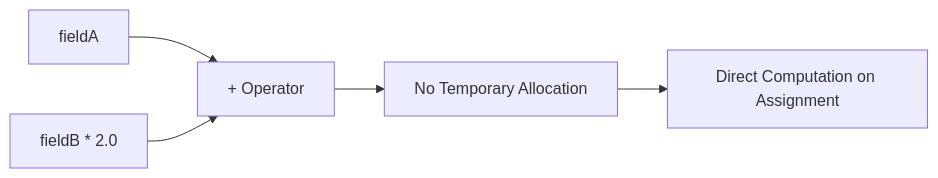
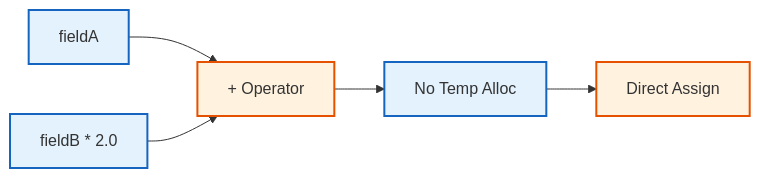
Before and after one commit to wramet/build-my-cfd: the second of 2 diagrams in MODULE_05_OPENFOAM_PROGRAMMING/CONTENT/09_FIELD_ALGEBRA/07_Summary_and_Exercises.md, drawn with Mermaid. The commit also changed other lines of this file and 313 other files, not shown here.

Commit message:
Revise all diagram

````diff
--- a/MODULE_05_OPENFOAM_PROGRAMMING/CONTENT/09_FIELD_ALGEBRA/07_Summary_and_Exercises.md
+++ b/MODULE_05_OPENFOAM_PROGRAMMING/CONTENT/09_FIELD_ALGEBRA/07_Summary_and_Exercises.md
@@ -988,7 +1000,11 @@
 ```mermaid
 flowchart LR
-    A[fieldA] --> C[+ Operator]
-    B[fieldB * 2.0] --> C
-    C --> D[No Temporary Allocation]
-    D --> E[Direct Computation on Assignment]
+%% Classes
+classDef explicit fill:#fff3e0,stroke:#e65100,stroke-width:2px;
+classDef implicit fill:#e3f2fd,stroke:#1565c0,stroke-width:2px;
+%% Nodes
+A[fieldA]:::implicit --> C[+ Operator]:::explicit
+B[fieldB * 2.0]:::implicit --> C
+C --> D[No Temp Alloc]:::implicit
+D --> E[Direct Assign]:::explicit
 ```
````
